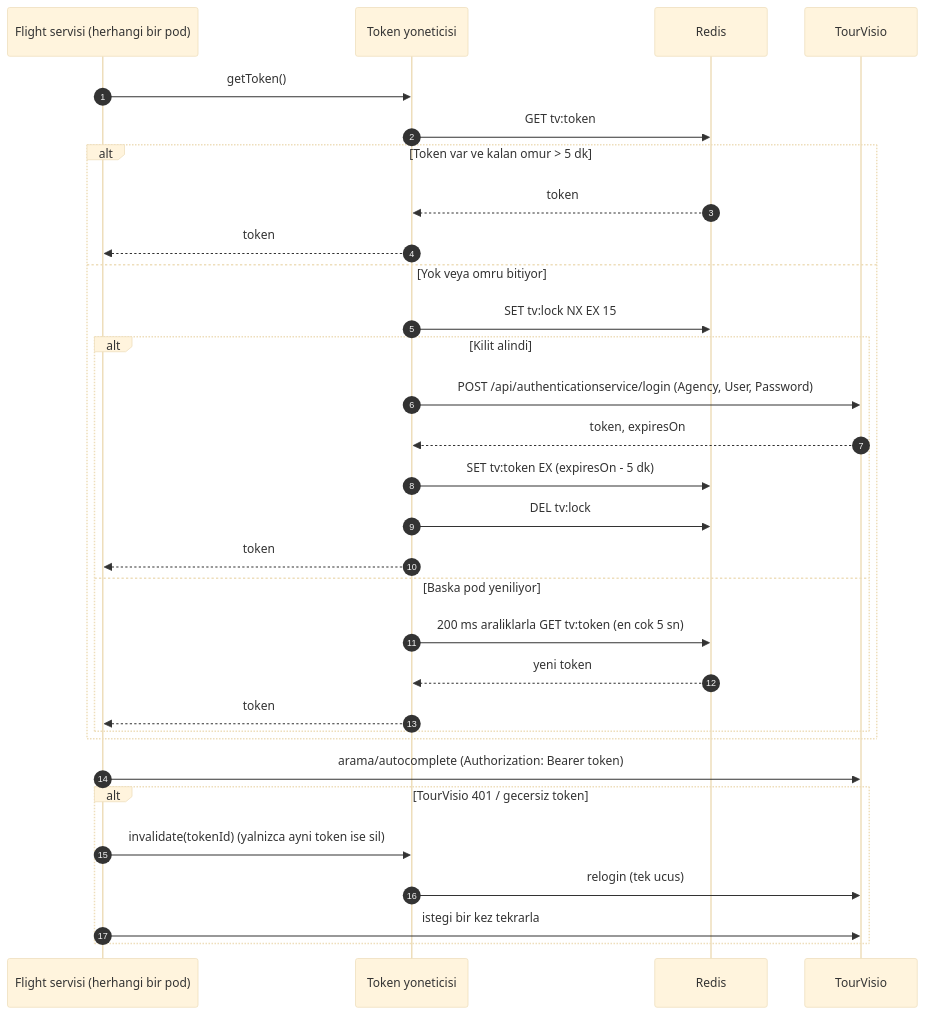
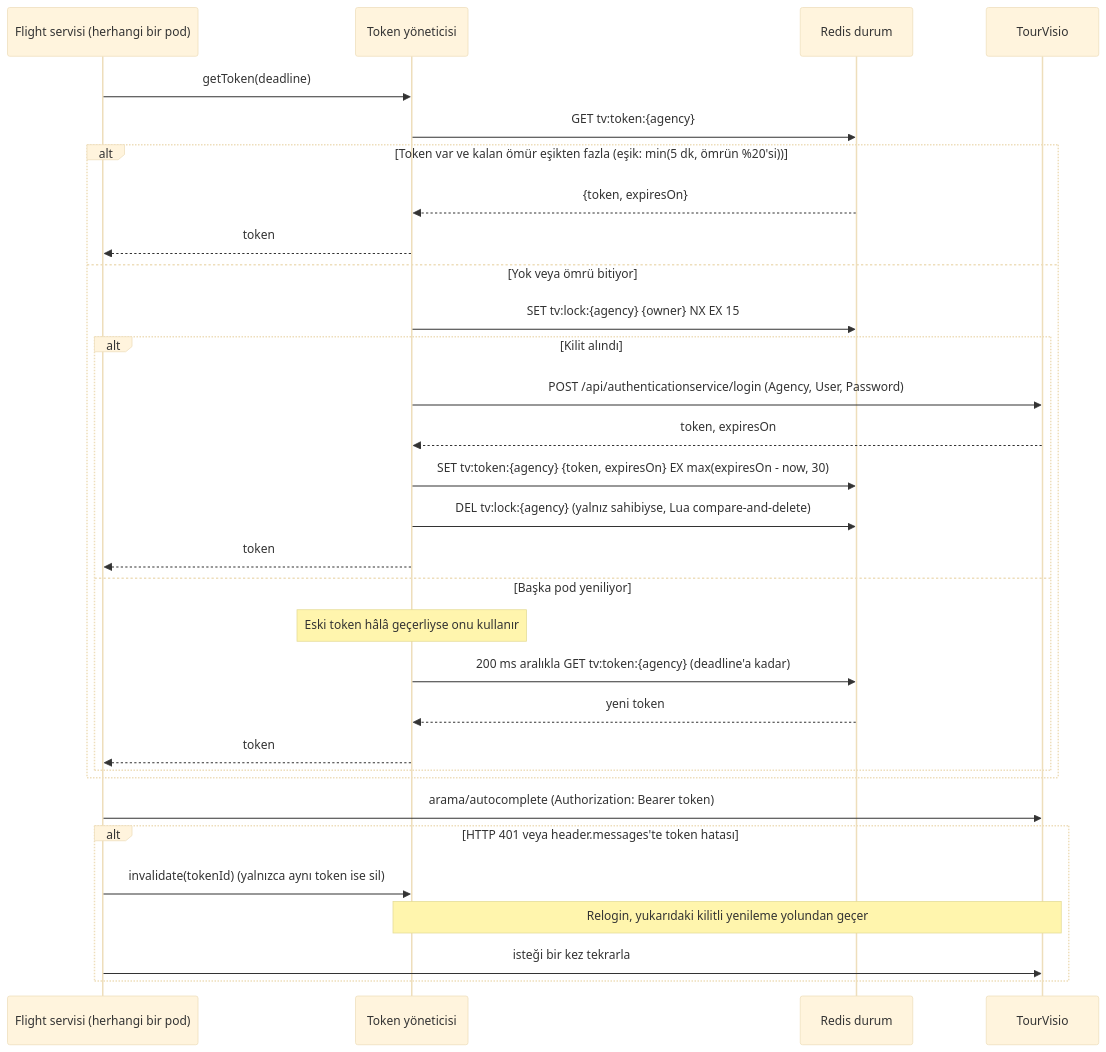
One commit to cihantaylan/tourvisio-mimari-plan changed the fourth of 7 diagrams in README.md. Above: the diagram before and after it, drawn with Mermaid (base theme). The commit also changed other lines of this file and 41 other files, not shown here.

````diff
--- a/README.md
+++ b/README.md
@@ -224,34 +318,33 @@
 ```mermaid
 sequenceDiagram
-    autonumber
     participant S as Flight servisi (herhangi bir pod)
-    participant K as Token yoneticisi
-    participant R as Redis
+    participant K as Token yöneticisi
+    participant R as Redis durum
     participant T as TourVisio
-
-    S->>K: getToken()
-    K->>R: GET tv:token
-    alt Token var ve kalan omur > 5 dk
-      R-->>K: token
+    S->>K: getToken(deadline)
+    K->>R: GET tv:token:{agency}
+    alt Token var ve kalan ömür eşikten fazla (eşik: min(5 dk, ömrün %20'si))
+      R-->>K: {token, expiresOn}
       K-->>S: token
-    else Yok veya omru bitiyor
-      K->>R: SET tv:lock NX EX 15
-      alt Kilit alindi
+    else Yok veya ömrü bitiyor
+      K->>R: SET tv:lock:{agency} {owner} NX EX 15
+      alt Kilit alındı
         K->>T: POST /api/authenticationservice/login (Agency, User, Password)
         T-->>K: token, expiresOn
-        K->>R: SET tv:token EX (expiresOn - 5 dk)
-        K->>R: DEL tv:lock
+        K->>R: SET tv:token:{agency} {token, expiresOn} EX max(expiresOn - now, 30)
+        K->>R: DEL tv:lock:{agency} (yalnız sahibiyse, Lua compare-and-delete)
         K-->>S: token
-      else Baska pod yeniliyor
-        K->>R: 200 ms araliklarla GET tv:token (en cok 5 sn)
+      else Başka pod yeniliyor
+        Note over K: Eski token hâlâ geçerliyse onu kullanır
+        K->>R: 200 ms aralıkla GET tv:token:{agency} (deadline'a kadar)
         R-->>K: yeni token
         K-->>S: token
       end
     end
     S->>T: arama/autocomplete (Authorization: Bearer token)
-    alt TourVisio 401 / gecersiz token
-      S->>K: invalidate(tokenId) (yalnizca ayni token ise sil)
-      K->>T: relogin (tek ucus)
-      S->>T: istegi bir kez tekrarla
+    alt HTTP 401 veya header.messages'te token hatası
+      S->>K: invalidate(tokenId) (yalnızca aynı token ise sil)
+      Note over K,T: Relogin, yukarıdaki kilitli yenileme yolundan geçer
+      S->>T: isteği bir kez tekrarla
     end
 ```
````
